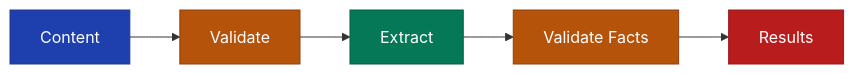
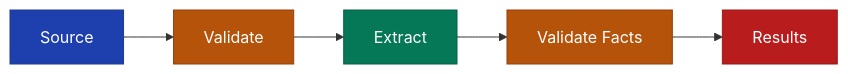
One commit to MadBomber/fact_db changed the first of 2 diagrams in docs/api/pipeline/extraction.md. Above: the diagram before and after it, drawn with Mermaid. The commit also changed other lines of this file and 45 other files, not shown here.

````diff
--- a/docs/api/pipeline/extraction.md
+++ b/docs/api/pipeline/extraction.md
@@ -68,13 +68,13 @@
 ```mermaid
 graph LR
-    A[Content] --> B[Validate]
+    A[Source] --> B[Validate]
     B --> C[Extract]
     C --> D[Validate Facts]
     D --> E[Results]
 
     style A fill:#1E40AF,stroke:#1E3A8A,color:#FFFFFF
     style B fill:#B45309,stroke:#92400E,color:#FFFFFF
     style C fill:#047857,stroke:#065F46,color:#FFFFFF
     style D fill:#B45309,stroke:#92400E,color:#FFFFFF
     style E fill:#B91C1C,stroke:#991B1B,color:#FFFFFF
 ```
````
